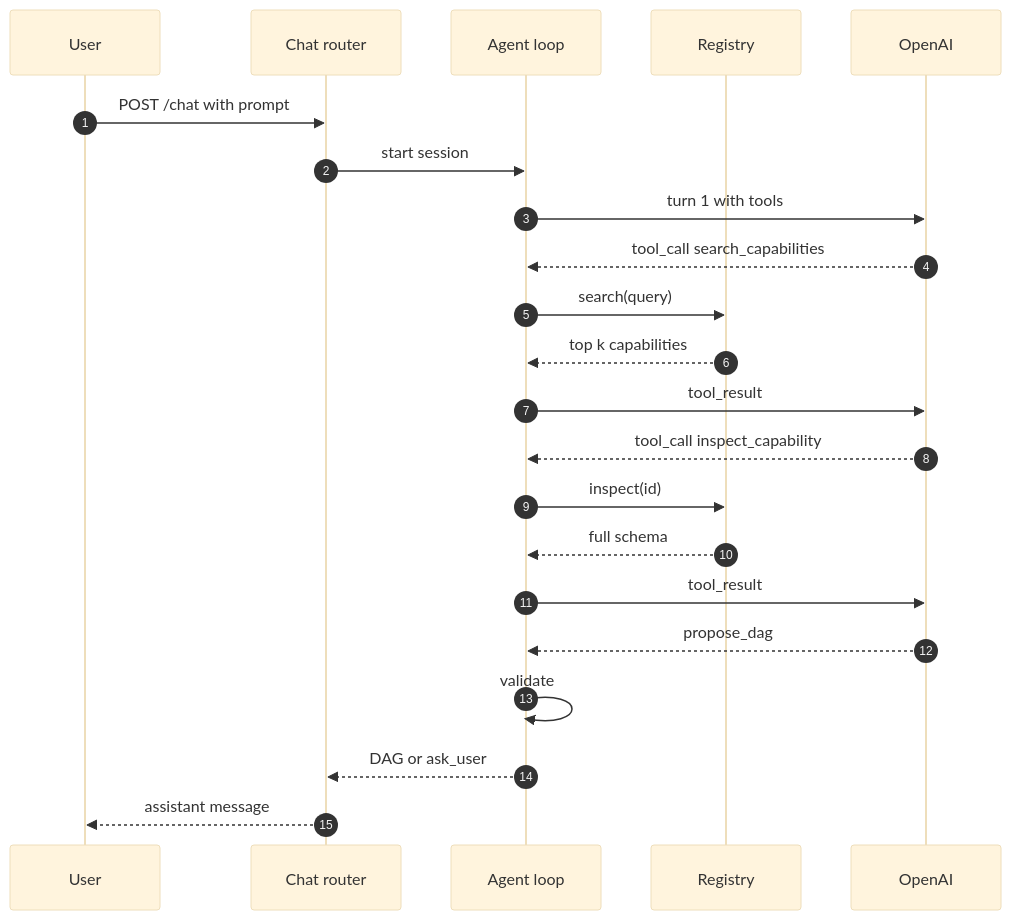
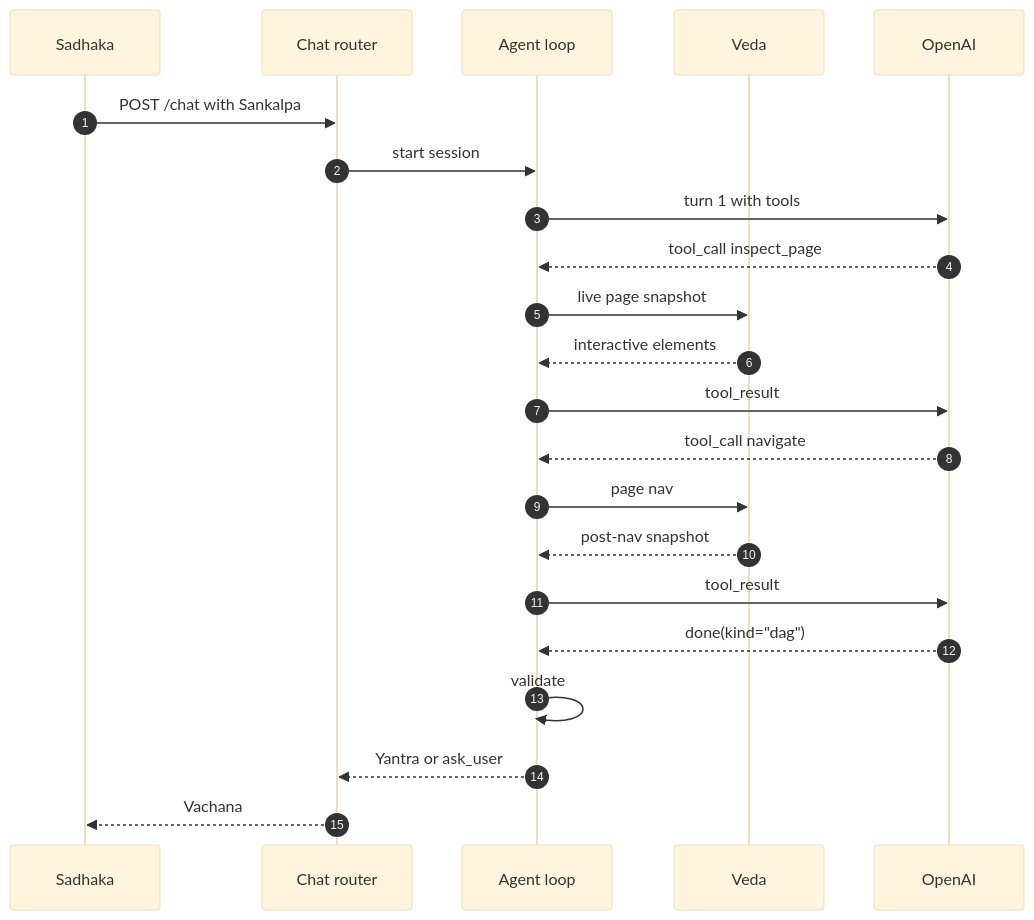
One commit to so-weak/Aakaar changed the second of 12 diagrams in documentation/src/02-LLD.md. Above: the diagram before and after it, drawn with Mermaid (base theme). The commit also changed other lines of this file and 56 other files, not shown here.

````diff
--- a/documentation/src/02-LLD.md
+++ b/documentation/src/02-LLD.md
@@ -94,25 +93,25 @@
 ```mermaid
 sequenceDiagram
   autonumber
-  participant U as User
+  participant U as Sadhaka
   participant API as Chat router
   participant A as Agent loop
-  participant R as Registry
+  participant R as Veda
   participant L as OpenAI
 
-  U->>API: POST /chat with prompt
+  U->>API: POST /chat with Sankalpa
   API->>A: start session
   A->>L: turn 1 with tools
-  L-->>A: tool_call search_capabilities
-  A->>R: search(query)
-  R-->>A: top k capabilities
+  L-->>A: tool_call inspect_page
+  A->>R: live page snapshot
+  R-->>A: interactive elements
   A->>L: tool_result
-  L-->>A: tool_call inspect_capability
-  A->>R: inspect(id)
-  R-->>A: full schema
+  L-->>A: tool_call navigate
+  A->>R: page nav
+  R-->>A: post-nav snapshot
   A->>L: tool_result
-  L-->>A: propose_dag
+  L-->>A: done(kind="dag")
   A->>A: validate
-  A-->>API: DAG or ask_user
-  API-->>U: assistant message
+  A-->>API: Yantra or ask_user
+  API-->>U: Vachana
 ```
````
